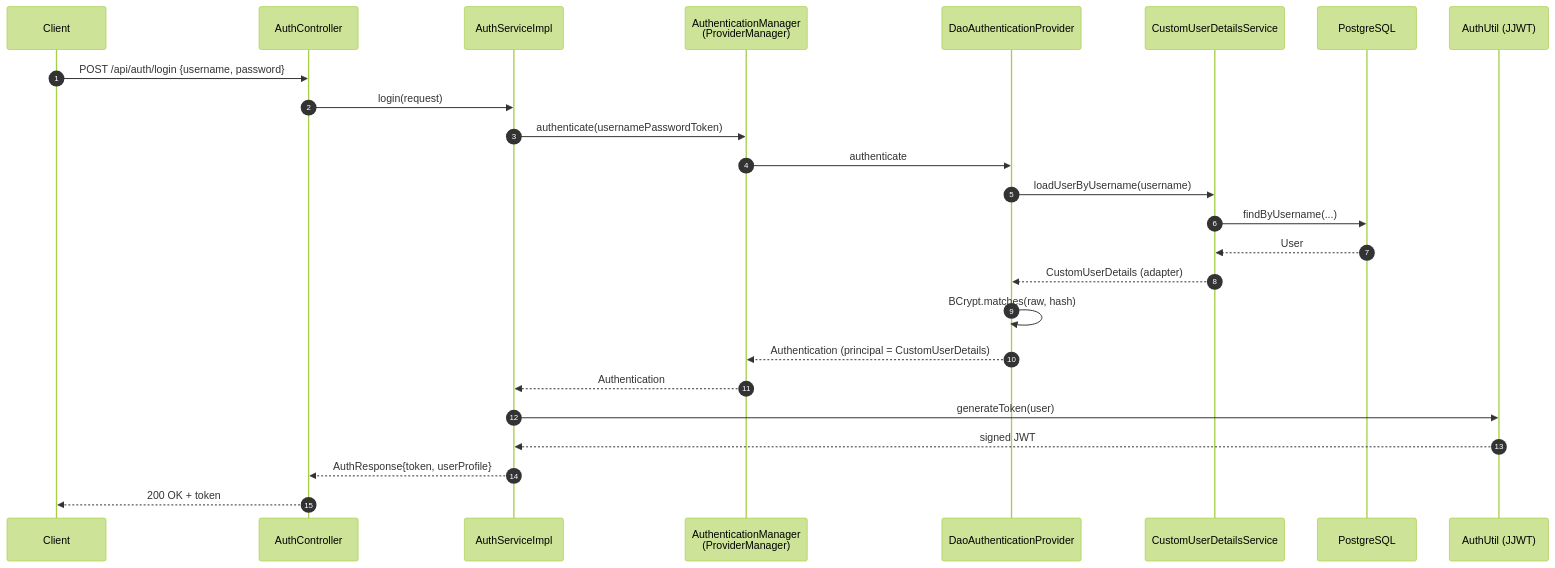
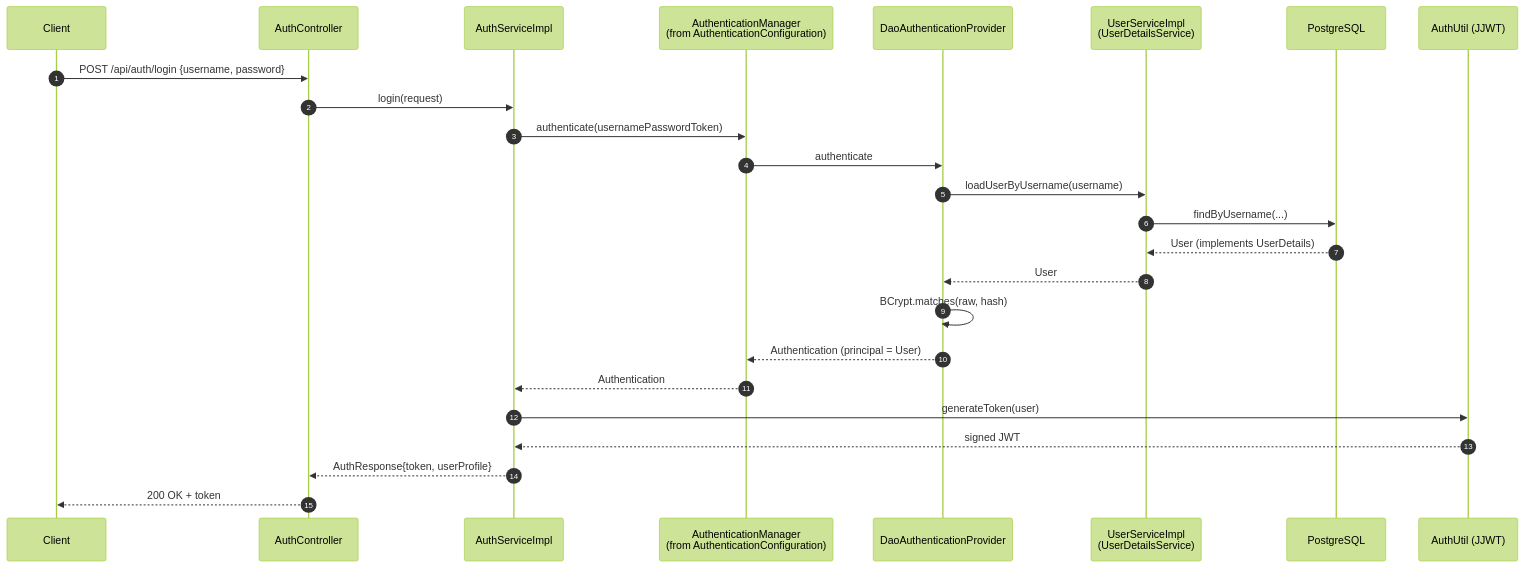
The second of 4 diagrams in README.md (vigneishwar/saas-ai-editor), drawn with Mermaid (forest theme) before and after one commit. The commit also changed other lines of this file, not shown here.

First line of the commit message:
Update README for direct UserDetails auth and method-level RBAC

````diff
--- a/README.md
+++ b/README.md
@@ -202,28 +203,28 @@
 ```mermaid
 sequenceDiagram
     autonumber
     participant C as Client
     participant AC as AuthController
     participant AS as AuthServiceImpl
-    participant AM as AuthenticationManager<br/>(ProviderManager)
+    participant AM as AuthenticationManager<br/>(from AuthenticationConfiguration)
     participant DP as DaoAuthenticationProvider
-    participant UDS as CustomUserDetailsService
+    participant UDS as UserServiceImpl<br/>(UserDetailsService)
     participant DB as PostgreSQL
     participant JWT as AuthUtil (JJWT)
 
     C->>AC: POST /api/auth/login {username, password}
     AC->>AS: login(request)
     AS->>AM: authenticate(usernamePasswordToken)
     AM->>DP: authenticate
     DP->>UDS: loadUserByUsername(username)
     UDS->>DB: findByUsername(...)
-    DB-->>UDS: User
-    UDS-->>DP: CustomUserDetails (adapter)
+    DB-->>UDS: User (implements UserDetails)
+    UDS-->>DP: User
     DP->>DP: BCrypt.matches(raw, hash)
-    DP-->>AM: Authentication (principal = CustomUserDetails)
+    DP-->>AM: Authentication (principal = User)
     AM-->>AS: Authentication
     AS->>JWT: generateToken(user)
     JWT-->>AS: signed JWT
     AS-->>AC: AuthResponse{token, userProfile}
     AC-->>C: 200 OK + token
 ```
````
